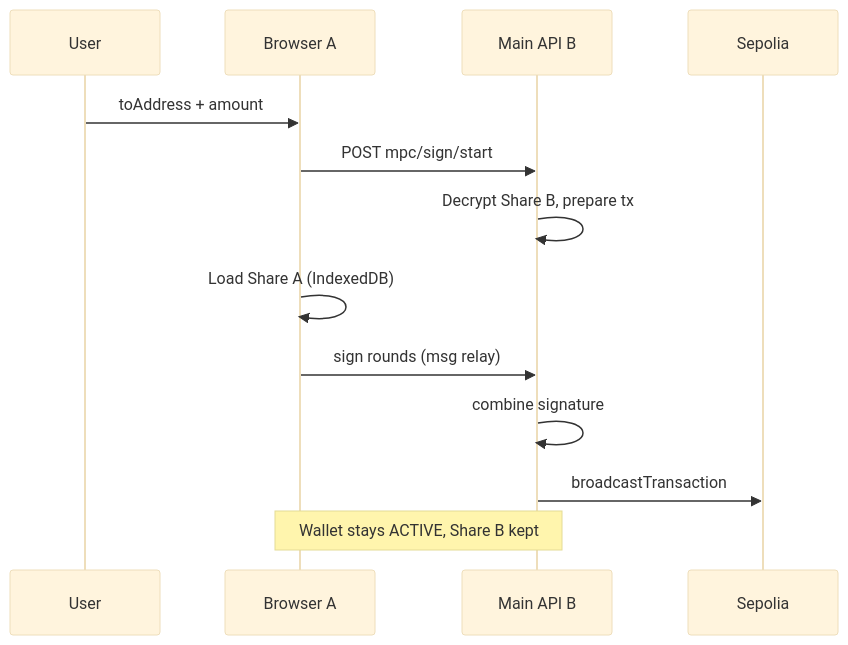
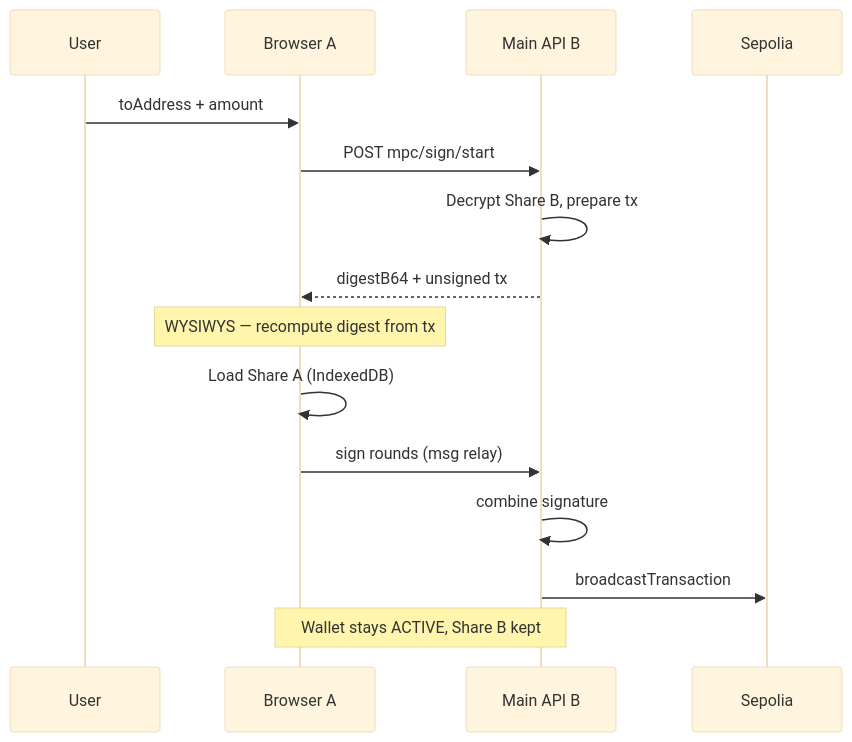
One commit to Cho-Seolmin/selfmade-mpc-wallet changed the third of 3 diagrams in README.md. Above: the diagram before and after it, drawn with Mermaid (base theme). The commit also changed other lines of this file and 14 other files, not shown here.

````diff
--- a/README.md
+++ b/README.md
@@ -142,16 +144,18 @@
 ```mermaid
 sequenceDiagram
   participant U as User
   participant W as Browser A
   participant A as Main API B
   participant ETH as Sepolia
 
   U->>W: toAddress + amount
   W->>A: POST mpc/sign/start
   A->>A: Decrypt Share B, prepare tx
+  A-->>W: digestB64 + unsigned tx
+  Note over W: WYSIWYS — recompute digest from tx
   W->>W: Load Share A (IndexedDB)
   W->>A: sign rounds (msg relay)
   A->>A: combine signature
   A->>ETH: broadcastTransaction
   Note over W,A: Wallet stays ACTIVE, Share B kept
 ```
````
